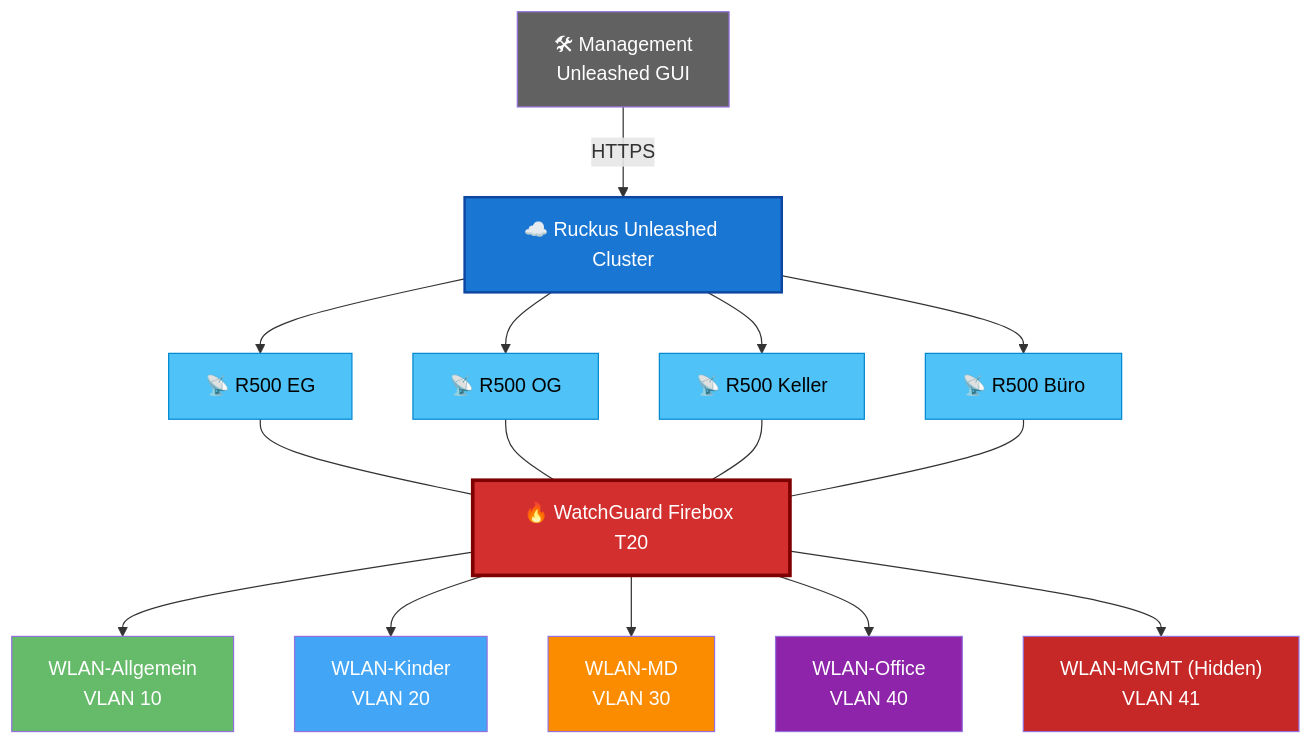
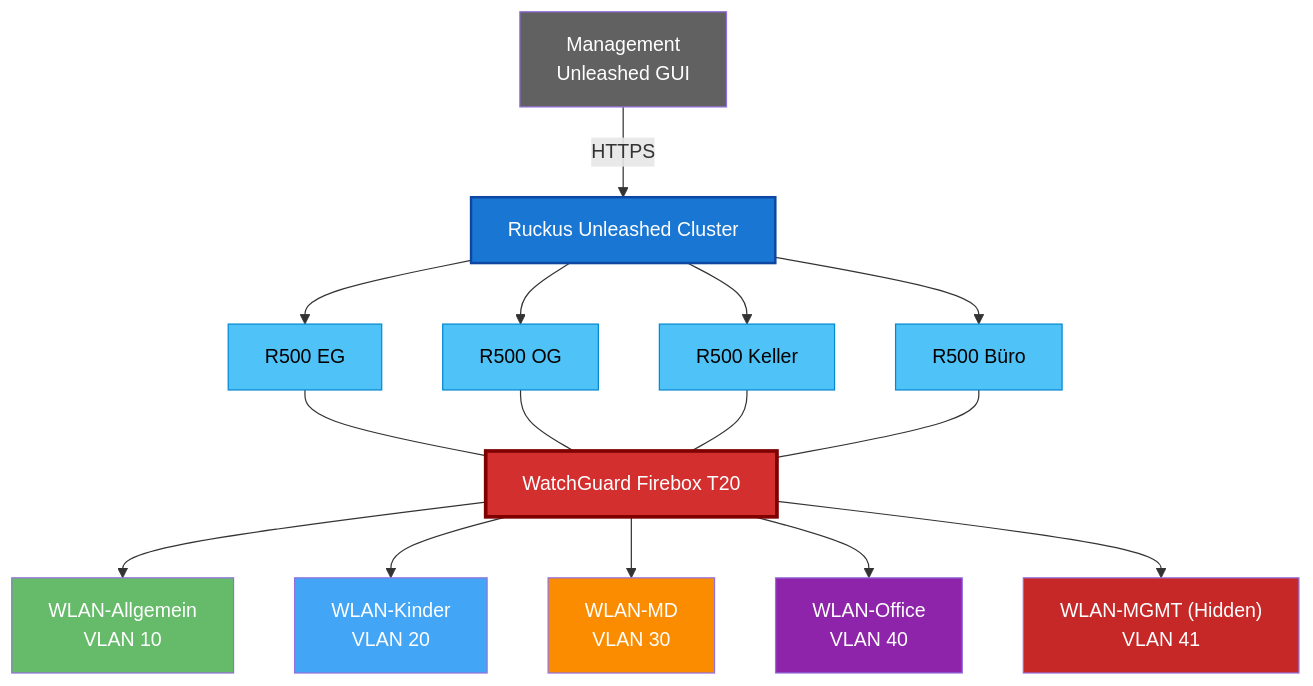
The diagram in projects/enterprise-homelab/diagrams/VLAN.mmd (Guschd/sebastians-infrastructure-portfolio), drawn with Mermaid before and after one commit.

Commit message:
VLAN.mmd aktualisieren

```diff
--- a/projects/enterprise-homelab/diagrams/VLAN.mmd
+++ b/projects/enterprise-homelab/diagrams/VLAN.mmd
@@ -1,74 +1,70 @@
 flowchart TB
 
-%% ===========================
 %% Komponenten
-%% ===========================
 
-UNL["☁️ Ruckus Unleashed Cluster"]
+UNL["Ruckus Unleashed Cluster"]
 
-AP1["📡 R500 EG"]
-AP2["📡 R500 OG"]
-AP3["📡 R500 Keller"]
-AP4["📡 R500 Büro"]
+AP1["R500 EG"]
+AP2["R500 OG"]
+AP3["R500 Keller"]
+AP4["R500 Büro"]
 
-FW["🔥 WatchGuard Firebox T20"]
+FW["WatchGuard Firebox T20"]
 
 V10["WLAN-Allgemein<br/>VLAN 10"]
 V20["WLAN-Kinder<br/>VLAN 20"]
 V30["WLAN-MD<br/>VLAN 30"]
 V40["WLAN-Office<br/>VLAN 40"]
 V41["WLAN-MGMT (Hidden)<br/>VLAN 41"]
 
-MGMT["🛠 Management<br/>Unleashed GUI"]
+MGMT["Management<br/>Unleashed GUI"]
 
 %% ===========================
 %% Verbindungen
 %% ===========================
 
 UNL --> AP1
 UNL --> AP2
 UNL --> AP3
 UNL --> AP4
 
 AP1 --- FW
 AP2 --- FW
 AP3 --- FW
 AP4 --- FW
 
 FW --> V10
 FW --> V20
 FW --> V30
 FW --> V40
 FW --> V41
 
 MGMT -->|HTTPS| UNL
 
-%% ===========================
-%% Farben
-%% ===========================
+%% Farbedefinition
 
 classDef controller fill:#1976D2,color:#fff,stroke:#0D47A1,stroke-width:2px;
 
 classDef ap fill:#4FC3F7,color:#000,stroke:#0288D1;
 
 classDef firewall fill:#D32F2F,color:#fff,stroke:#7F0000,stroke-width:3px;
 
 classDef vlan20 fill:#42A5F5,color:#fff;
 classDef vlan10 fill:#66BB6A,color:#fff;
 classDef vlan30 fill:#FB8C00,color:#fff;
 classDef vlan41 fill:#c62828,color:#fff;
 classDef vlan40 fill:#8E24AA,color:#fff;
 
 classDef mgmt fill:#616161,color:#fff;
 
 class UNL controller;
 class AP1,AP2,AP3,AP4 ap;
 class FW firewall;
 
 class V10 vlan10;
 class V20 vlan20;
 class V30 vlan30;
 class V40 vlan40;
 class V41 vlan41;
 
 class MGMT mgmt;
```
